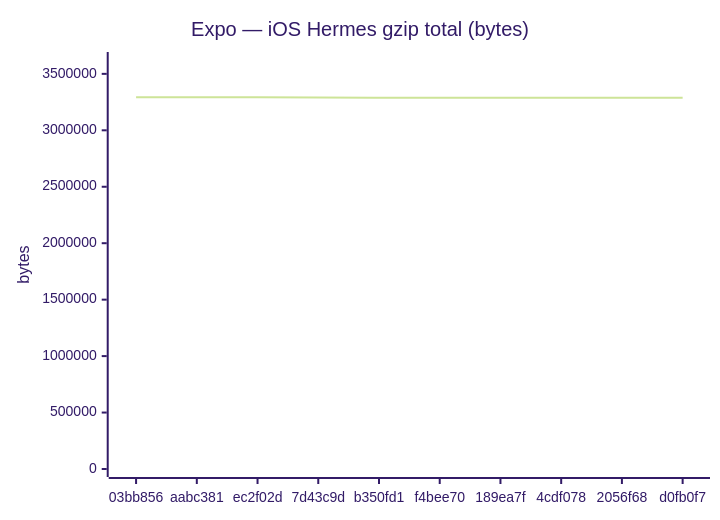
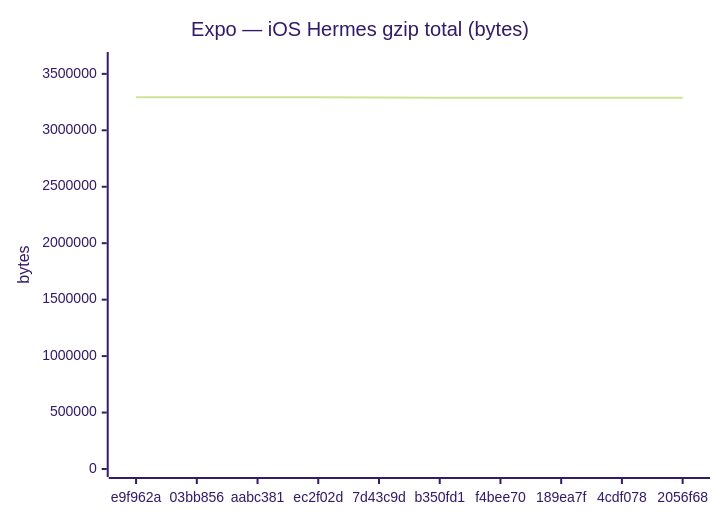
One commit to Metaheurist/Rianell changed the sixth of 18 diagrams in benchmarks/compare.md. Above: the diagram before and after it, drawn with Mermaid (forest theme). The commit also changed other lines of this file and 11 other files, not shown here.

````diff
--- a/benchmarks/compare.md
+++ b/benchmarks/compare.md
@@ -96,7 +96,7 @@
 ```mermaid
 xychart-beta
     title "Expo — iOS Hermes gzip total (bytes)"
-    x-axis ["03bb856", "aabc381", "ec2f02d", "7d43c9d", "b350fd1", "f4bee70", "189ea7f", "4cdf078", "2056f68", "d0fb0f7"]
+    x-axis ["e9f962a", "03bb856", "aabc381", "ec2f02d", "7d43c9d", "b350fd1", "f4bee70", "189ea7f", "4cdf078", "2056f68"]
     y-axis "bytes" 0 --> 3622750
-    line [3293200, 3293409, 3293314, 3291396, 3288856, 3288399, 3288861, 3288877, 3288270, 3288272]
+    line [3293198, 3293200, 3293409, 3293314, 3291396, 3288856, 3288399, 3288861, 3288877, 3288270]
 ```
````
